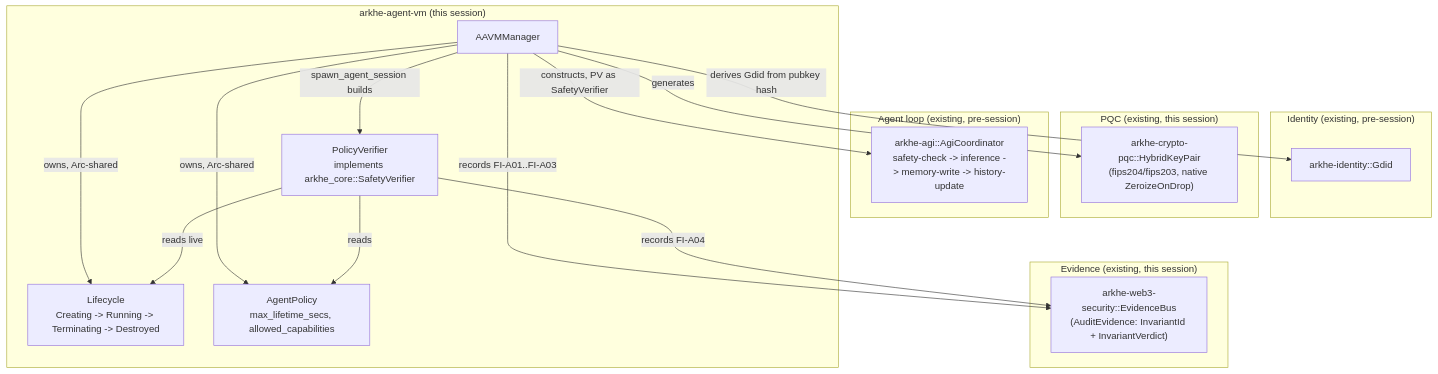
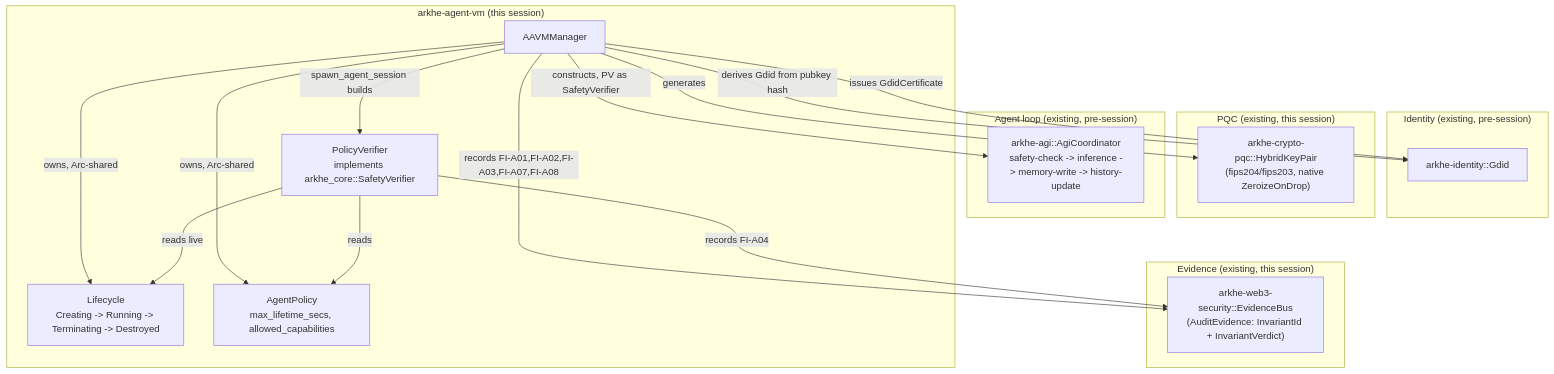
Before and after one commit to rafael-arkhe/arkhe: the first of 2 diagrams in safe-core-monorepo/docs/architecture/aavm-integration.md, drawn with Mermaid. The commit also changed other lines of this file and 8 other files, not shown here.

````diff
--- a/safe-core-monorepo/docs/architecture/aavm-integration.md
+++ b/safe-core-monorepo/docs/architecture/aavm-integration.md
@@ -14,33 +14,34 @@
 ```mermaid
 flowchart TB
     subgraph identity["Identity (existing, pre-session)"]
         GDID["arkhe-identity::Gdid"]
     end
     subgraph pqc["PQC (existing, this session)"]
         PQC["arkhe-crypto-pqc::HybridKeyPair<br/>(fips204/fips203, native ZeroizeOnDrop)"]
     end
     subgraph evidence["Evidence (existing, this session)"]
         EB["arkhe-web3-security::EvidenceBus<br/>(AuditEvidence: InvariantId + InvariantVerdict)"]
     end
     subgraph agi["Agent loop (existing, pre-session)"]
         AGI["arkhe-agi::AgiCoordinator<br/>safety-check -> inference -> memory-write -> history-update"]
     end
 
     subgraph aavm["arkhe-agent-vm (this session)"]
         MGR["AAVMManager"]
         LC["Lifecycle<br/>Creating -> Running -> Terminating -> Destroyed"]
         POL["AgentPolicy<br/>max_lifetime_secs, allowed_capabilities"]
         PV["PolicyVerifier<br/>implements arkhe_core::SafetyVerifier"]
     end
 
     MGR -->|generates| PQC
     MGR -->|derives Gdid from pubkey hash| GDID
+    MGR -->|issues GdidCertificate| GDID
     MGR -->|owns, Arc-shared| LC
     MGR -->|owns, Arc-shared| POL
-    MGR -->|records FI-A01..FI-A03| EB
+    MGR -->|records FI-A01,FI-A02,FI-A03,FI-A07,FI-A08| EB
     MGR -->|spawn_agent_session builds| PV
     PV -->|reads live| LC
     PV -->|reads| POL
     PV -->|records FI-A04| EB
     MGR -->|constructs, PV as SafetyVerifier| AGI
 ```
````
